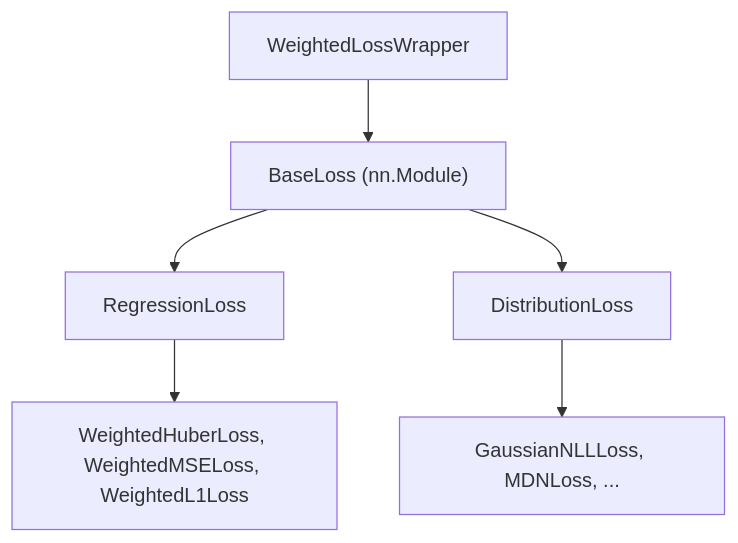
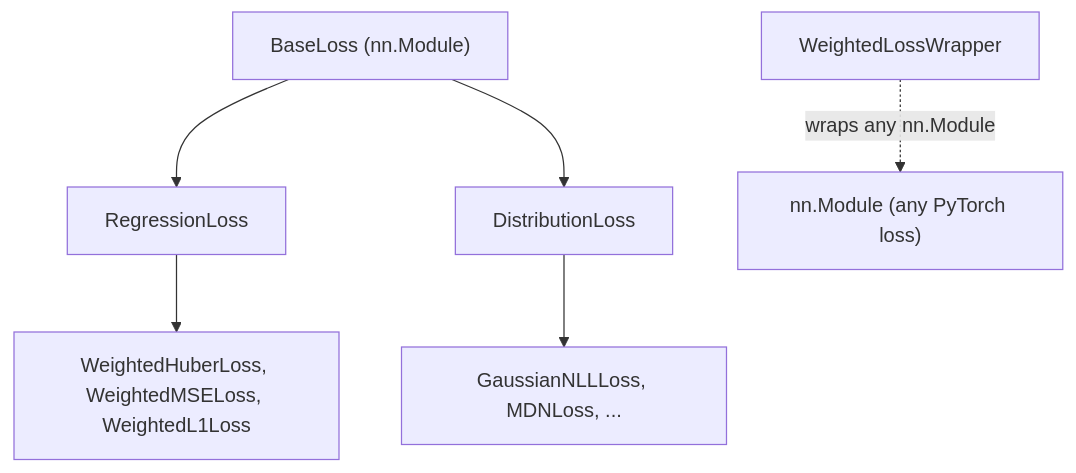
One commit to astroai/torchregress changed the diagram in docs/losses/base.md. Above: the diagram before and after it, drawn with Mermaid. The commit also changed 67 other files, not shown here.

````diff
--- a/docs/losses/base.md
+++ b/docs/losses/base.md
@@ -9,8 +9,8 @@
 ```mermaid
 graph TD
     A["BaseLoss (nn.Module)"] --> B["RegressionLoss"]
     A --> C["DistributionLoss"]
-    D["WeightedLossWrapper"] --> A
-    B --> E["WeightedHuberLoss, WeightedMSELoss, WeightedL1Loss"]
-    C --> F["GaussianNLLLoss, MDNLoss, ..."]
+    D["WeightedLossWrapper"] -. "wraps any nn.Module" .-> E["nn.Module (any PyTorch loss)"]
+    B --> F["WeightedHuberLoss, WeightedMSELoss, WeightedL1Loss"]
+    C --> G["GaussianNLLLoss, MDNLoss, ..."]
 ```
````
